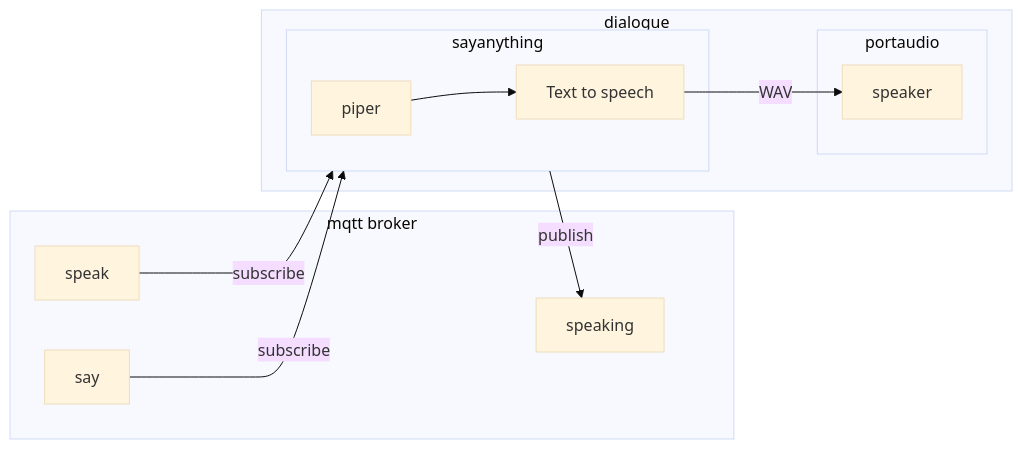
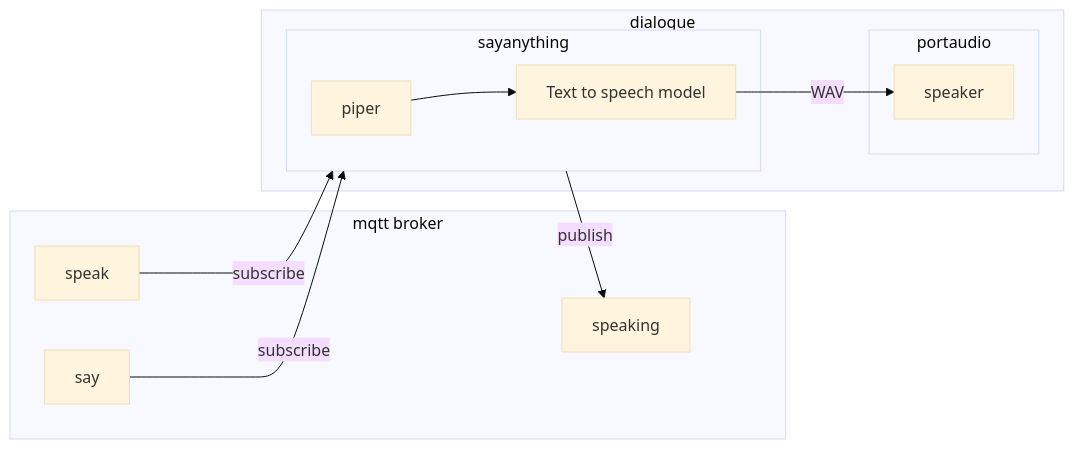
The fifth of 6 diagrams in README.md (deadprogram/talkingheads), drawn with Mermaid (base theme) before and after one commit. The commit also changed other lines of this file and 9 other files, not shown here.

````diff
--- a/README.md
+++ b/README.md
@@ -118,19 +123,19 @@
 ```mermaid
 flowchart LR
 subgraph mqtt broker
     speak
     say
     speaking
 end
 subgraph dialogue
     speak-- subscribe -->sayanything
     say-- subscribe -->sayanything
     subgraph sayanything
-        piper-->tts[Text to speech]
+        piper-->tts[Text to speech model]
     end
     subgraph portaudio
         tts-- WAV -->speaker
     end
     sayanything-- publish -->speaking
 end
 ```
````
